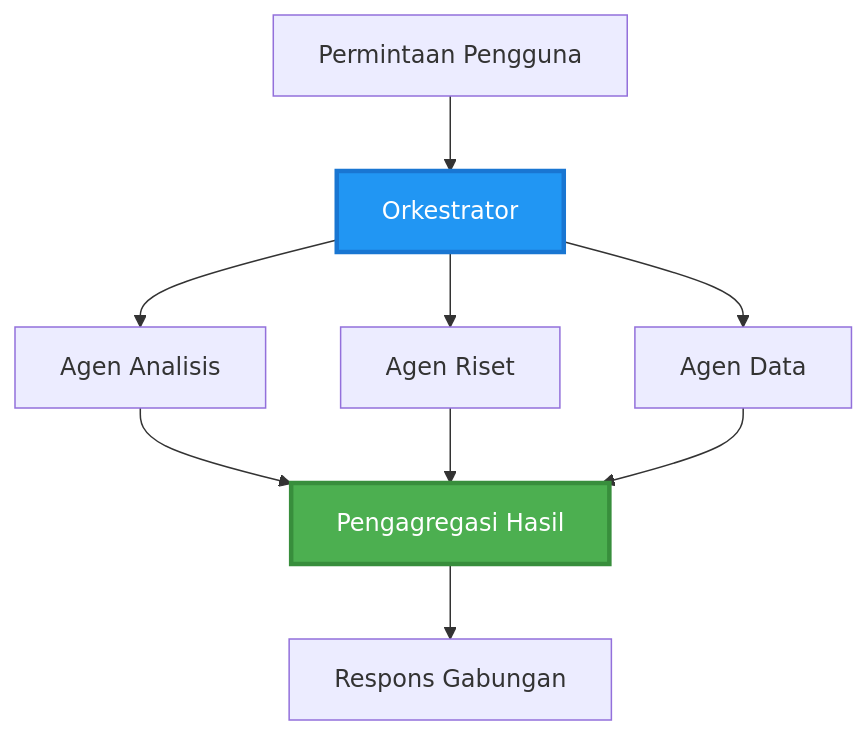
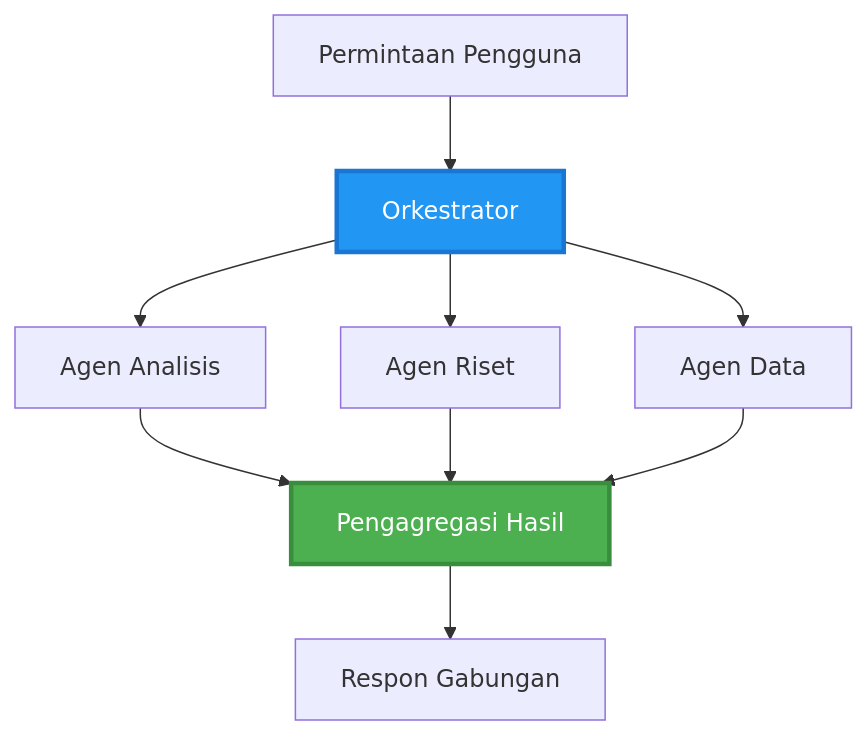
Before and after one commit to microsoft/AZD-for-beginners: the second of 6 diagrams in translations/id/docs/chapter-06-pre-deployment/coordination-patterns.md, drawn with Mermaid. The commit also changed other lines of this file and 101 other files, not shown here.

````diff
--- a/translations/id/docs/chapter-06-pre-deployment/coordination-patterns.md
+++ b/translations/id/docs/chapter-06-pre-deployment/coordination-patterns.md
@@ -106,22 +100,22 @@
 ```mermaid
 graph TB
     User[Permintaan Pengguna]
     Orchestrator[Orkestrator]
     Agent1[Agen Analisis]
     Agent2[Agen Riset]
     Agent3[Agen Data]
     Aggregator[Pengagregasi Hasil]
-    Response[Respons Gabungan]
+    Response[Respon Gabungan]
     
     User --> Orchestrator
     Orchestrator --> Agent1
     Orchestrator --> Agent2
     Orchestrator --> Agent3
     Agent1 --> Aggregator
     Agent2 --> Aggregator
     Agent3 --> Aggregator
     Aggregator --> Response
     
     style Orchestrator fill:#2196F3,stroke:#1976D2,stroke-width:3px,color:#fff
     style Aggregator fill:#4CAF50,stroke:#388E3C,stroke-width:3px,color:#fff
 ```
````
